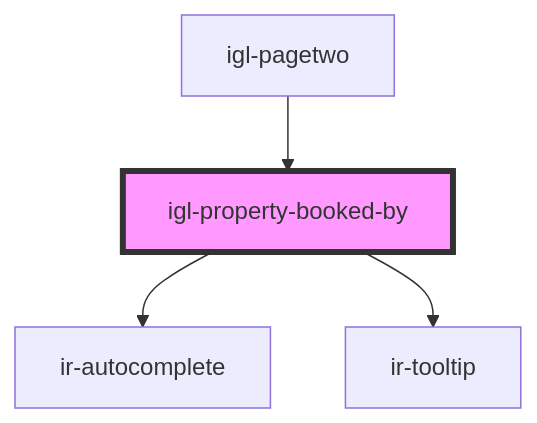
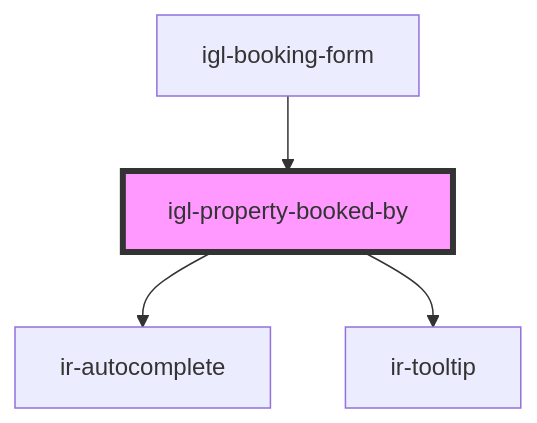
The diagram in src/components/igloo-calendar/igl-book-property/igl-booking-form/igl-property-booked-by/readme.md (David1Chowaifaty/modified-ir-webcmp), drawn with Mermaid before and after one commit. The commit also changed other lines of this file and 28 other files, not shown here.

````diff
--- a/src/components/igloo-calendar/igl-book-property/igl-booking-form/igl-property-booked-by/readme.md
+++ b/src/components/igloo-calendar/igl-book-property/igl-booking-form/igl-property-booked-by/readme.md
@@ -38,7 +38,7 @@
 ```mermaid
 graph TD;
   igl-property-booked-by --> ir-autocomplete
   igl-property-booked-by --> ir-tooltip
-  igl-pagetwo --> igl-property-booked-by
+  igl-booking-form --> igl-property-booked-by
   style igl-property-booked-by fill:#f9f,stroke:#333,stroke-width:4px
 ```
````
